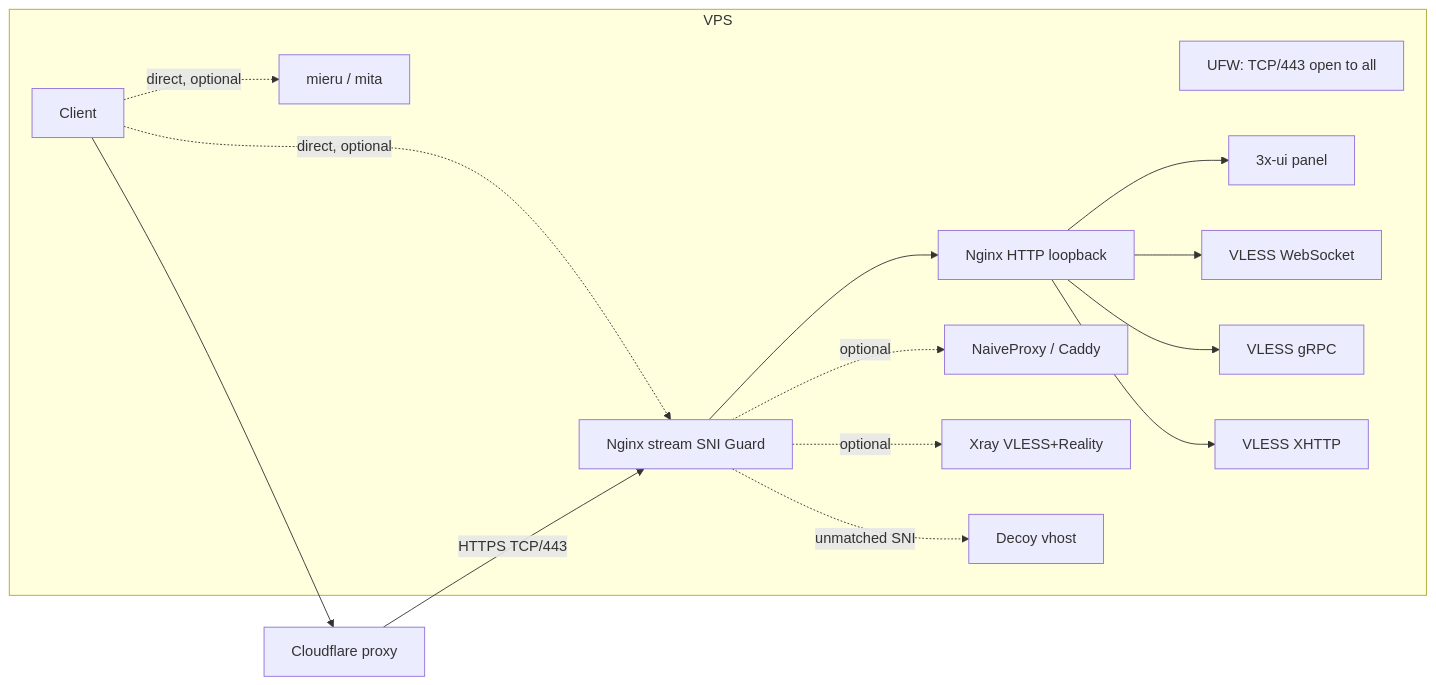
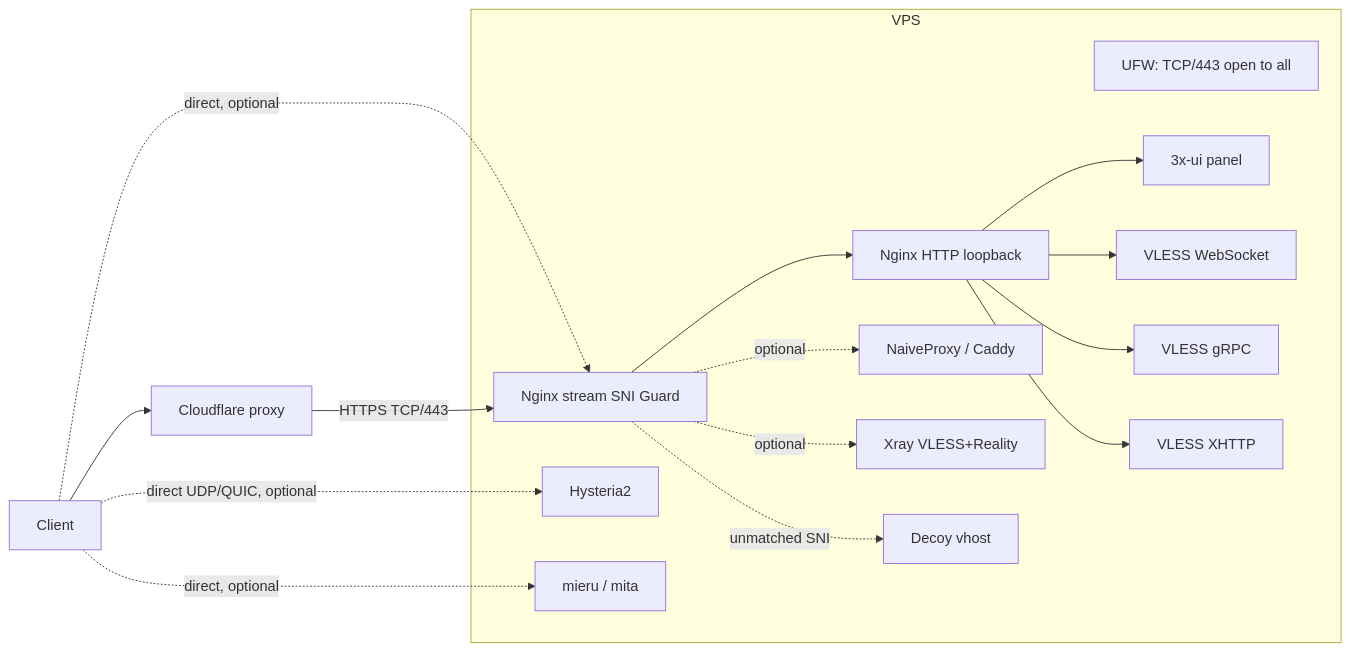
The diagram in README.md (andletenkov/3x-ui-cf-setup), drawn with Mermaid before and after one commit. The commit also changed other lines of this file and 7 other files, not shown here.

````diff
--- a/README.md
+++ b/README.md
@@ -18,19 +21,22 @@
 ```mermaid
 flowchart LR
     Client --> CF[Cloudflare proxy]
     Client -.direct, optional.-> Stream
+    Client -.direct UDP/QUIC, optional.-> Hysteria2[Hysteria2]
+    Client -.direct, optional.-> Mieru[mieru / mita]
     CF -->|HTTPS TCP/443| Stream[Nginx stream SNI Guard]
 
     subgraph VPS
       UFW[UFW: TCP/443 open to all]
       Stream --> NginxHTTP[Nginx HTTP loopback]
       Stream -.optional.-> Caddy[NaiveProxy / Caddy]
       Stream -.optional.-> XrayReality[Xray VLESS+Reality]
-      Client -.direct, optional.-> Mieru[mieru / mita]
       Stream -.unmatched SNI.-> Decoy[Decoy vhost]
       NginxHTTP --> Panel[3x-ui panel]
       NginxHTTP --> WS[VLESS WebSocket]
       NginxHTTP --> GRPC[VLESS gRPC]
       NginxHTTP --> XHTTP[VLESS XHTTP]
+      Hysteria2[Hysteria2]
+      Mieru[mieru / mita]
     end
 ```
````
